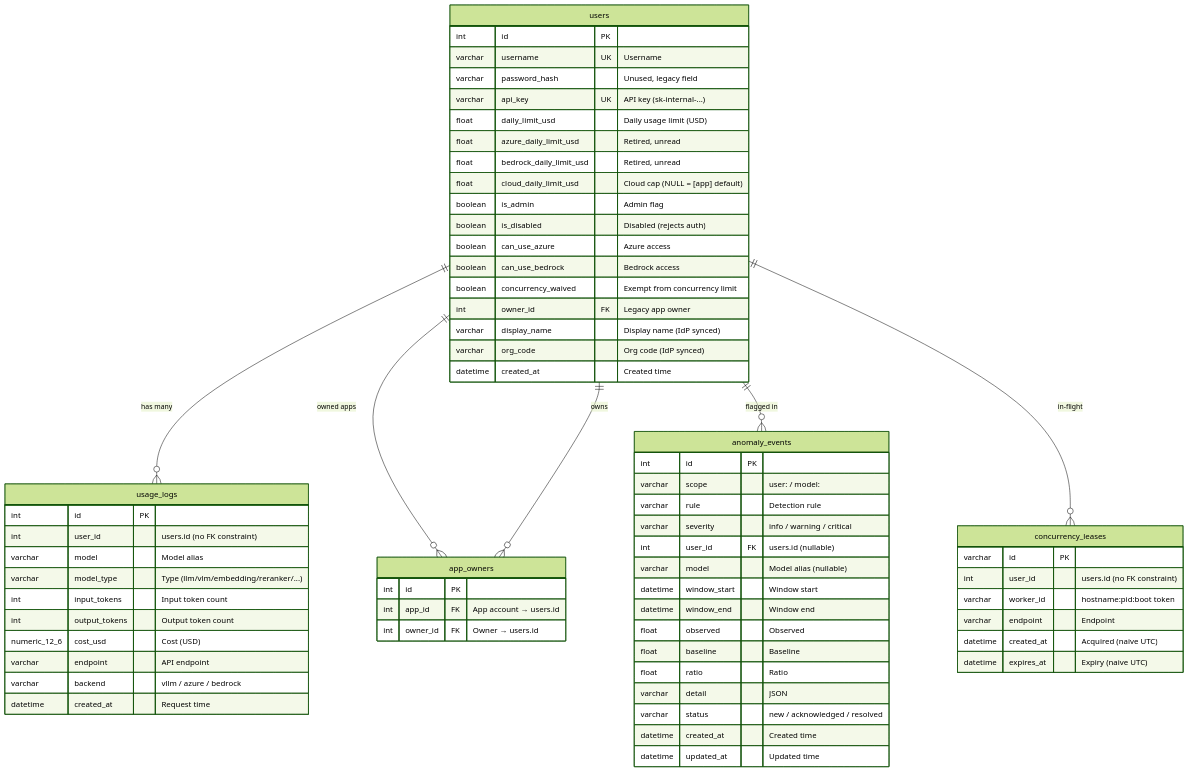
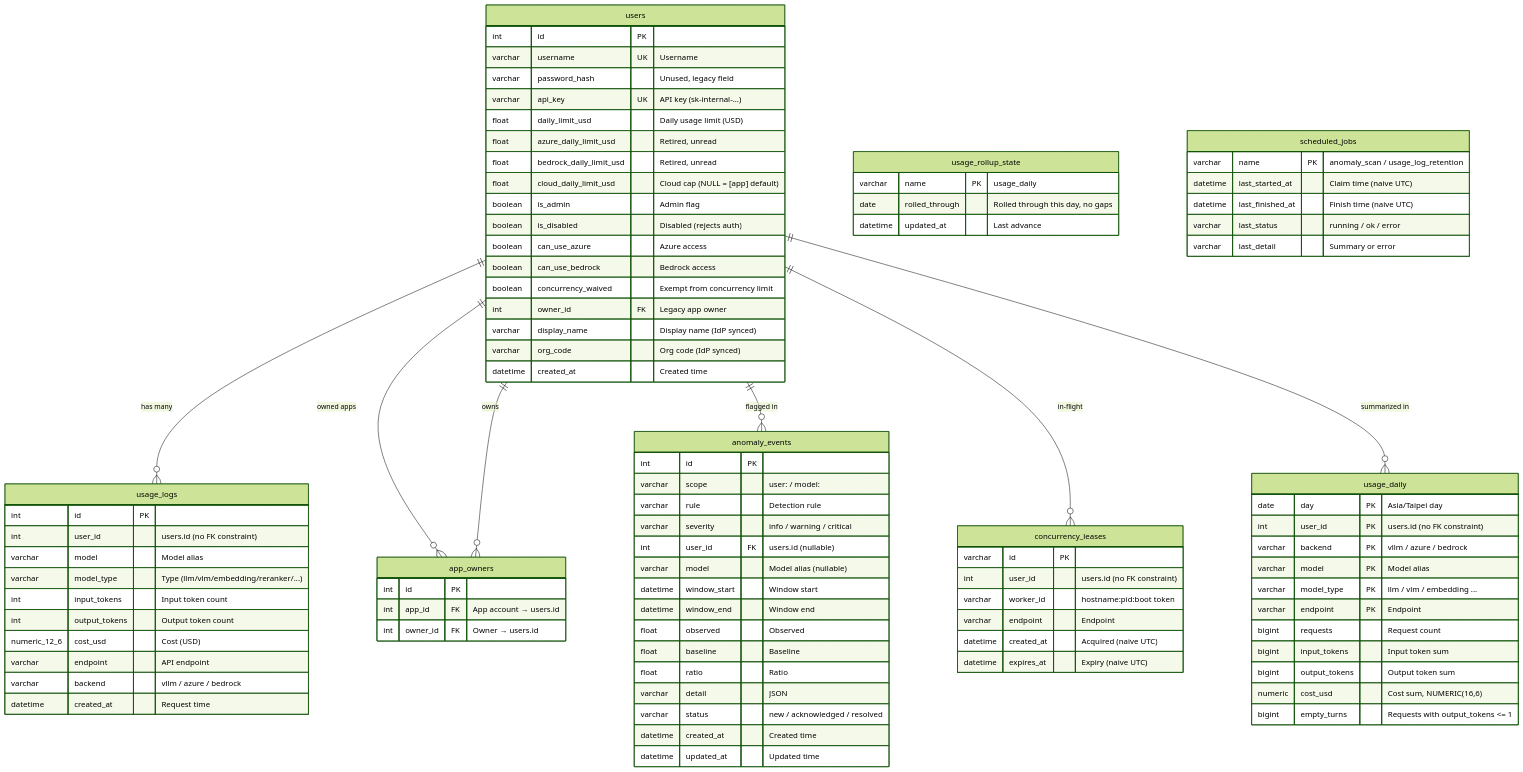
Before and after one commit to bwinken/llm-gateway: the diagram in alembic/README.md, drawn with Mermaid (forest theme). The commit also changed other lines of this file and 13 other files, not shown here.

First line of the commit message:
Docs: cover usage_daily, scheduled_jobs and the in-gateway jobs everywhere

````diff
--- a/alembic/README.md
+++ b/alembic/README.md
@@ -160,9 +164,38 @@
         datetime expires_at "Expiry (naive UTC)"
     }
 
+    usage_daily {
+        date day PK "Asia/Taipei day"
+        int user_id PK "users.id (no FK constraint)"
+        varchar backend PK "vllm / azure / bedrock"
+        varchar model PK "Model alias"
+        varchar model_type PK "llm / vlm / embedding ..."
+        varchar endpoint PK "Endpoint"
+        bigint requests "Request count"
+        bigint input_tokens "Input token sum"
+        bigint output_tokens "Output token sum"
+        numeric cost_usd "Cost sum, NUMERIC(16,6)"
+        bigint empty_turns "Requests with output_tokens <= 1"
+    }
+
+    usage_rollup_state {
+        varchar name PK "usage_daily"
+        date rolled_through "Rolled through this day, no gaps"
+        datetime updated_at "Last advance"
+    }
+
+    scheduled_jobs {
+        varchar name PK "anomaly_scan / usage_log_retention"
+        datetime last_started_at "Claim time (naive UTC)"
+        datetime last_finished_at "Finish time (naive UTC)"
+        varchar last_status "running / ok / error"
+        varchar last_detail "Summary or error"
+    }
+
     users ||--o{ usage_logs : "has many"
     users ||--o{ app_owners : "owned apps"
     users ||--o{ app_owners : "owns"
     users ||--o{ anomaly_events : "flagged in"
     users ||--o{ concurrency_leases : "in-flight"
+    users ||--o{ usage_daily : "summarized in"
 ```
````
